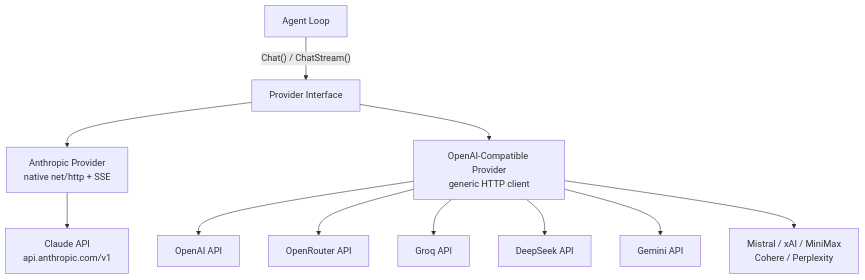
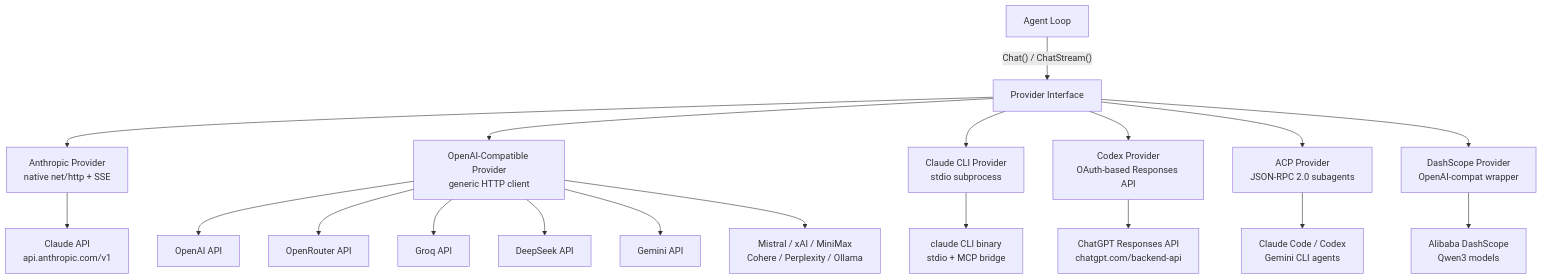
One commit to qkhalk/goclaw changed the first of 9 diagrams in docs/02-providers.md. Above: the diagram before and after it, drawn with Mermaid. The commit also changed other lines of this file and 22 other files, not shown here.

````diff
--- a/docs/02-providers.md
+++ b/docs/02-providers.md
@@ -11,15 +11,23 @@
 ```mermaid
 flowchart TD
     AL["Agent Loop"] -->|"Chat() / ChatStream()"| PI["Provider Interface"]
 
     PI --> ANTH["Anthropic Provider<br/>native net/http + SSE"]
     PI --> OAI["OpenAI-Compatible Provider<br/>generic HTTP client"]
+    PI --> CLAUDE["Claude CLI Provider<br/>stdio subprocess"]
+    PI --> CODEX["Codex Provider<br/>OAuth-based Responses API"]
+    PI --> ACP["ACP Provider<br/>JSON-RPC 2.0 subagents"]
+    PI --> DASH["DashScope Provider<br/>OpenAI-compat wrapper"]
 
-    ANTH --> CLAUDE["Claude API<br/>api.anthropic.com/v1"]
+    ANTH --> ANTHROPIC["Claude API<br/>api.anthropic.com/v1"]
     OAI --> OPENAI["OpenAI API"]
     OAI --> OR["OpenRouter API"]
     OAI --> GROQ["Groq API"]
     OAI --> DS["DeepSeek API"]
     OAI --> GEM["Gemini API"]
-    OAI --> OTHER["Mistral / xAI / MiniMax<br/>Cohere / Perplexity"]
+    OAI --> OTHER["Mistral / xAI / MiniMax<br/>Cohere / Perplexity / Ollama"]
+    CLAUDE --> CLI["claude CLI binary<br/>stdio + MCP bridge"]
+    CODEX --> CODEX_API["ChatGPT Responses API<br/>chatgpt.com/backend-api"]
+    ACP --> AGENTS["Claude Code / Codex<br/>Gemini CLI agents"]
+    DASH --> QWEN["Alibaba DashScope<br/>Qwen3 models"]
 ```
````
